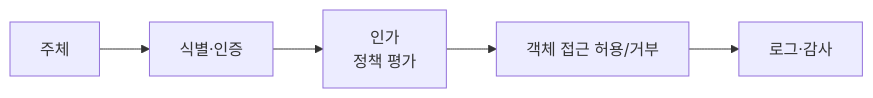
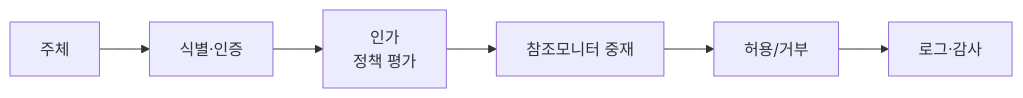
The second of 2 diagrams in content/access-control.md (coninggu/wjdqhrhksflrltnftk), drawn with Mermaid before and after one commit. The commit also changed other lines of this file and 11 other files, not shown here.

````diff
--- a/content/access-control.md
+++ b/content/access-control.md
@@ -22,7 +29,8 @@
 ```mermaid
 flowchart LR
   S[주체] --> I[식별·인증]
   I --> A[인가<br/>정책 평가]
-  A --> O[객체 접근 허용/거부]
+  A --> M[참조모니터 중재]
+  M --> O[허용/거부]
   O --> L[로그·감사]
 ```
````
